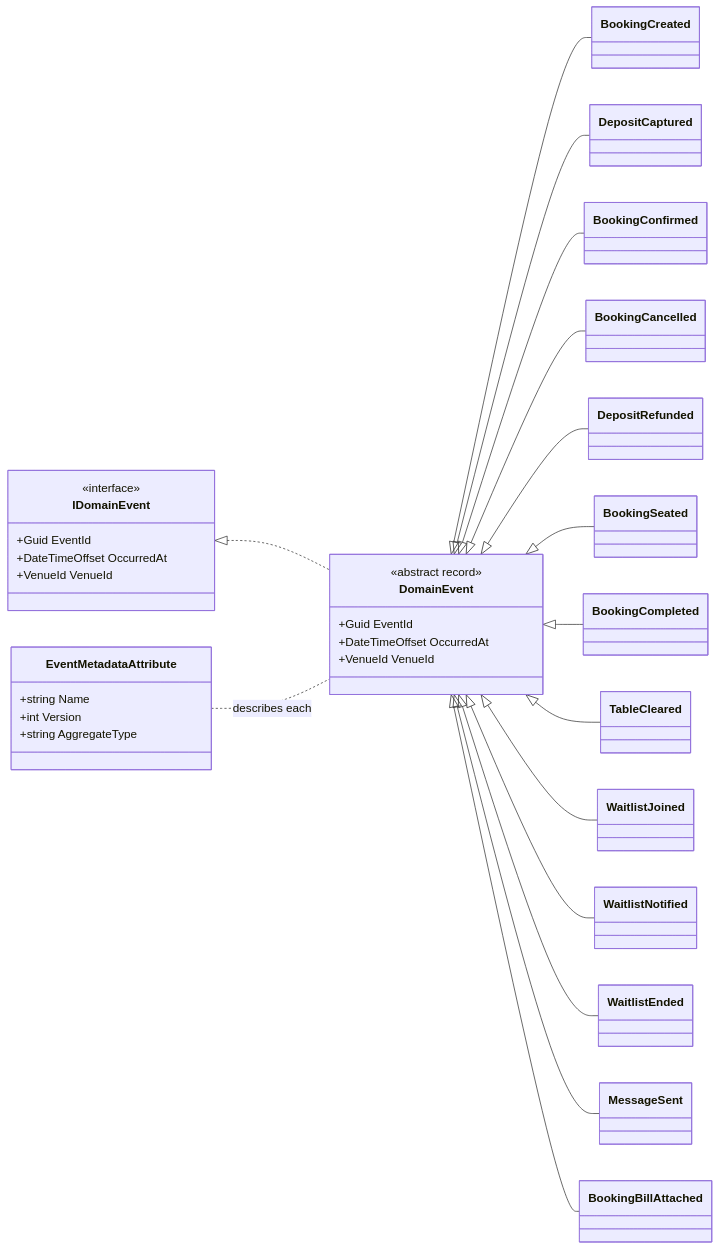
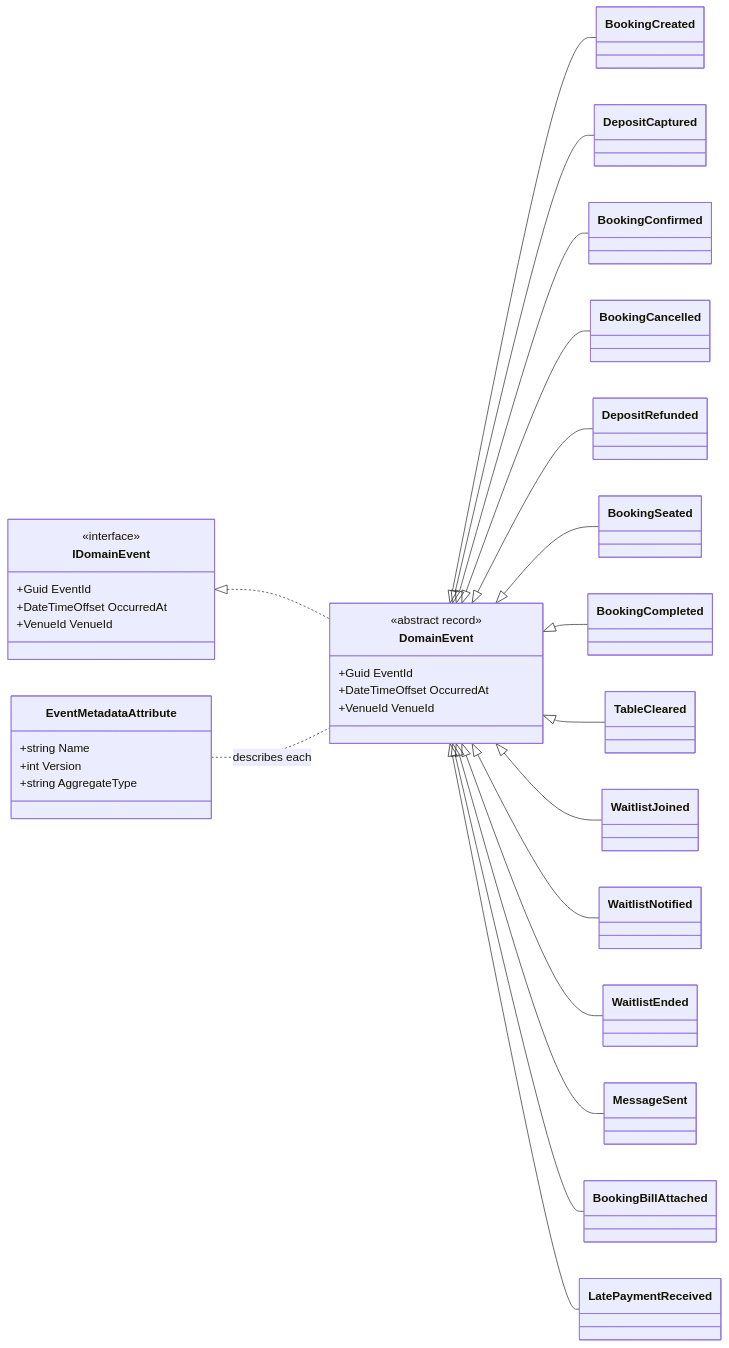
Before and after one commit to ring9834/TableReservation: diagram 13 of 28 in docs/Design.md, drawn with Mermaid. The commit also changed other lines of this file and 57 other files, not shown here.

````diff
--- a/docs/Design.md
+++ b/docs/Design.md
@@ -622,36 +627,37 @@
 ```mermaid
 classDiagram
     direction LR
     class IDomainEvent {
         <<interface>>
         +Guid EventId
         +DateTimeOffset OccurredAt
         +VenueId VenueId
     }
     class DomainEvent {
         <<abstract record>>
         +Guid EventId
         +DateTimeOffset OccurredAt
         +VenueId VenueId
     }
     class EventMetadataAttribute {
         +string Name
         +int Version
         +string AggregateType
     }
     IDomainEvent <|.. DomainEvent
     DomainEvent <|-- BookingCreated
     DomainEvent <|-- DepositCaptured
     DomainEvent <|-- BookingConfirmed
     DomainEvent <|-- BookingCancelled
     DomainEvent <|-- DepositRefunded
     DomainEvent <|-- BookingSeated
     DomainEvent <|-- BookingCompleted
     DomainEvent <|-- TableCleared
     DomainEvent <|-- WaitlistJoined
     DomainEvent <|-- WaitlistNotified
     DomainEvent <|-- WaitlistEnded
     DomainEvent <|-- MessageSent
     DomainEvent <|-- BookingBillAttached
+    DomainEvent <|-- LatePaymentReceived
     EventMetadataAttribute .. DomainEvent : describes each
 ```
````
